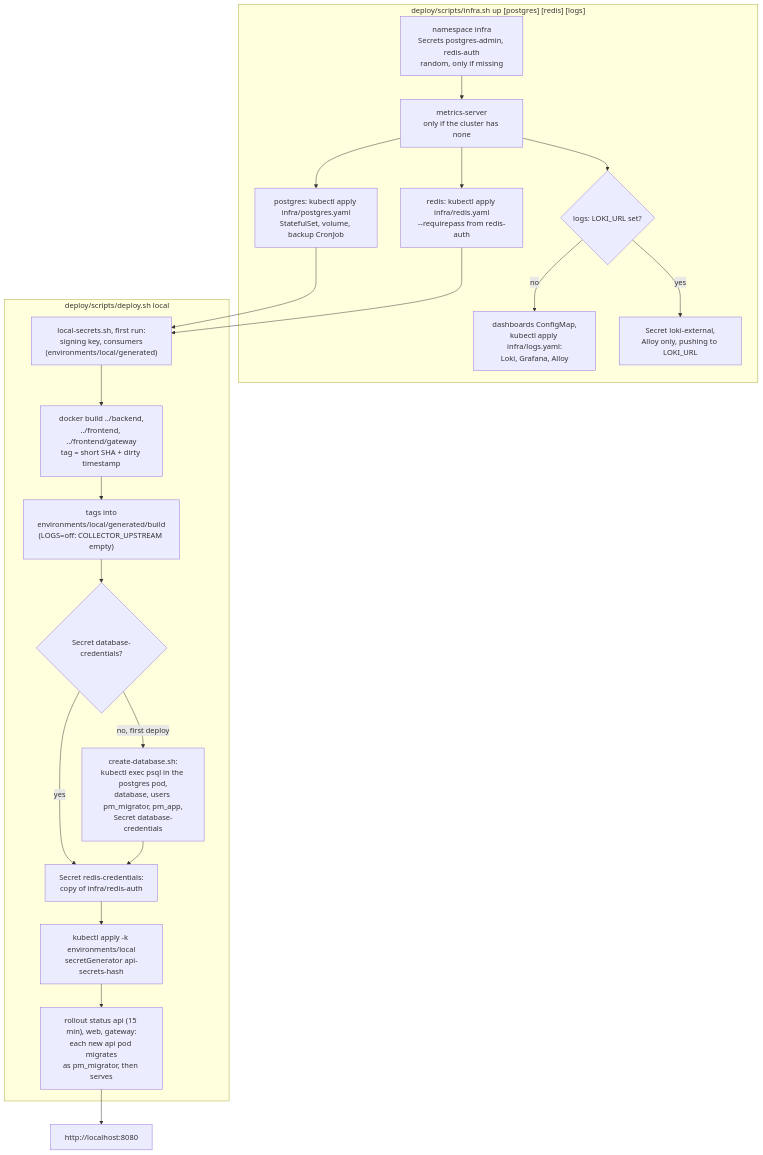
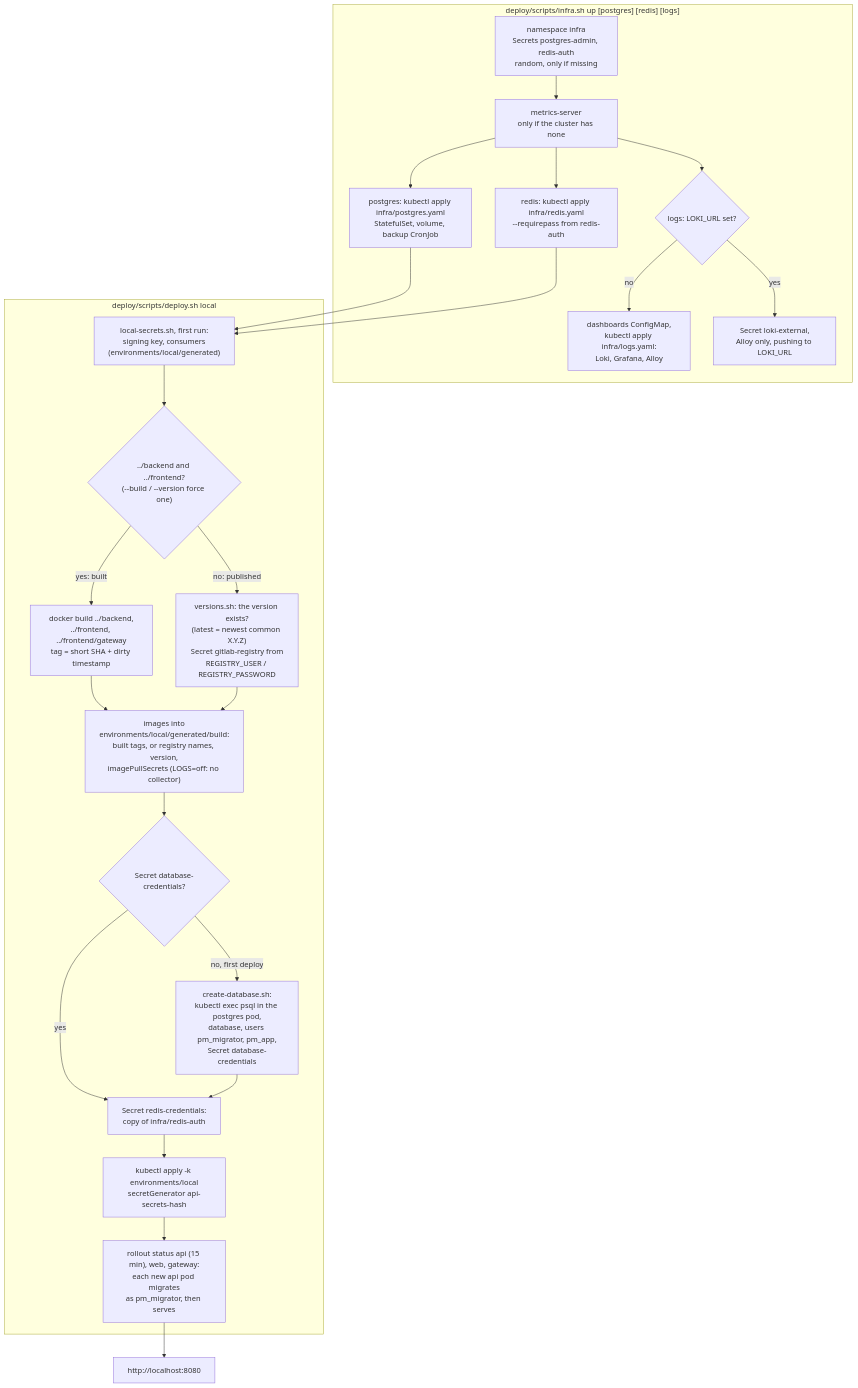
Diagram 13 of 19 in docs/flows.md (RubenCipriano/zeiss-product-management), drawn with Mermaid before and after one commit. The commit also changed other lines of this file and 35 other files, not shown here.

First line of the commit message:
feat(deploy): menu, published images for local deploys, scripts split by audience

````diff
--- a/docs/flows.md
+++ b/docs/flows.md
@@ -645,25 +648,28 @@
 ```mermaid
 flowchart TD
     subgraph infra["deploy/scripts/infra.sh up [postgres] [redis] [logs]"]
         i0["namespace infra<br/>Secrets postgres-admin, redis-auth<br/>random, only if missing"] --> i0b["metrics-server<br/>only if the cluster has none"]
         i0b --> i1["postgres: kubectl apply infra/postgres.yaml<br/>StatefulSet, volume, backup CronJob"]
         i0b --> i3["redis: kubectl apply infra/redis.yaml<br/>--requirepass from redis-auth"]
         i0b --> i4{"logs: LOKI_URL set?"}
         i4 -->|"no"| i5["dashboards ConfigMap,<br/>kubectl apply infra/logs.yaml:<br/>Loki, Grafana, Alloy"]
         i4 -->|"yes"| i6["Secret loki-external,<br/>Alloy only, pushing to LOKI_URL"]
     end
 
     subgraph local["deploy/scripts/deploy.sh local"]
-        l0["local-secrets.sh, first run:<br/>signing key, consumers<br/>(environments/local/generated)"] --> l1["docker build ../backend,<br/>../frontend, ../frontend/gateway<br/>tag = short SHA + dirty timestamp"]
-        l1 --> l2["tags into<br/>environments/local/generated/build<br/>(LOGS=off: COLLECTOR_UPSTREAM empty)"]
+        l0["local-secrets.sh, first run:<br/>signing key, consumers<br/>(environments/local/generated)"] --> ls{"../backend and ../frontend?<br/>(--build / --version force one)"}
+        ls -->|"yes: built"| l1["docker build ../backend,<br/>../frontend, ../frontend/gateway<br/>tag = short SHA + dirty timestamp"]
+        ls -->|"no: published"| lp["versions.sh: the version exists?<br/>(latest = newest common X.Y.Z)<br/>Secret gitlab-registry from<br/>REGISTRY_USER / REGISTRY_PASSWORD"]
+        l1 --> l2["images into<br/>environments/local/generated/build:<br/>built tags, or registry names, version,<br/>imagePullSecrets (LOGS=off: no collector)"]
+        lp --> l2
         l2 --> l3{"Secret database-credentials?"}
         l3 -->|"no, first deploy"| d1["create-database.sh:<br/>kubectl exec psql in the postgres pod,<br/>database, users pm_migrator, pm_app,<br/>Secret database-credentials"]
         l3 -->|"yes"| l4
         d1 --> l4["Secret redis-credentials:<br/>copy of infra/redis-auth"]
         l4 --> l6["kubectl apply -k environments/local<br/>secretGenerator api-secrets-hash"]
         l6 --> l7["rollout status api (15 min), web, gateway:<br/>each new api pod migrates<br/>as pm_migrator, then serves"]
     end
 
     i1 & i3 --> l0
     l7 --> done["http://localhost:8080"]
 ```
````
